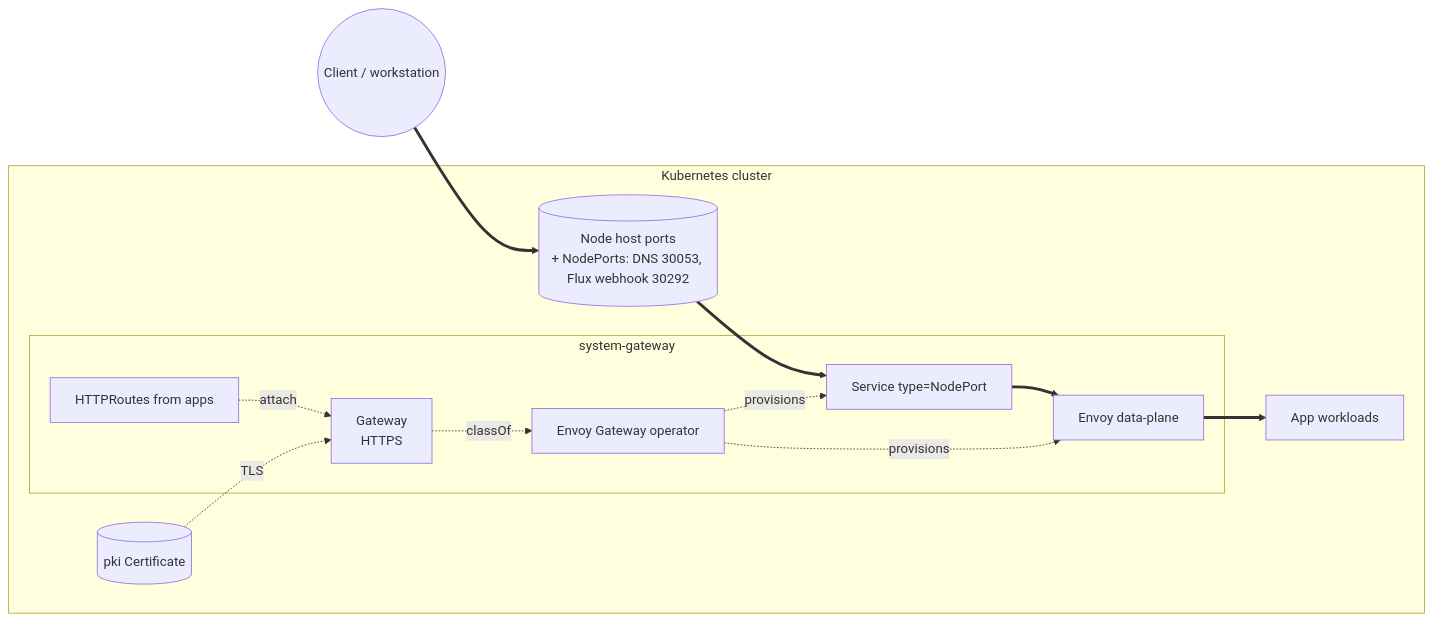
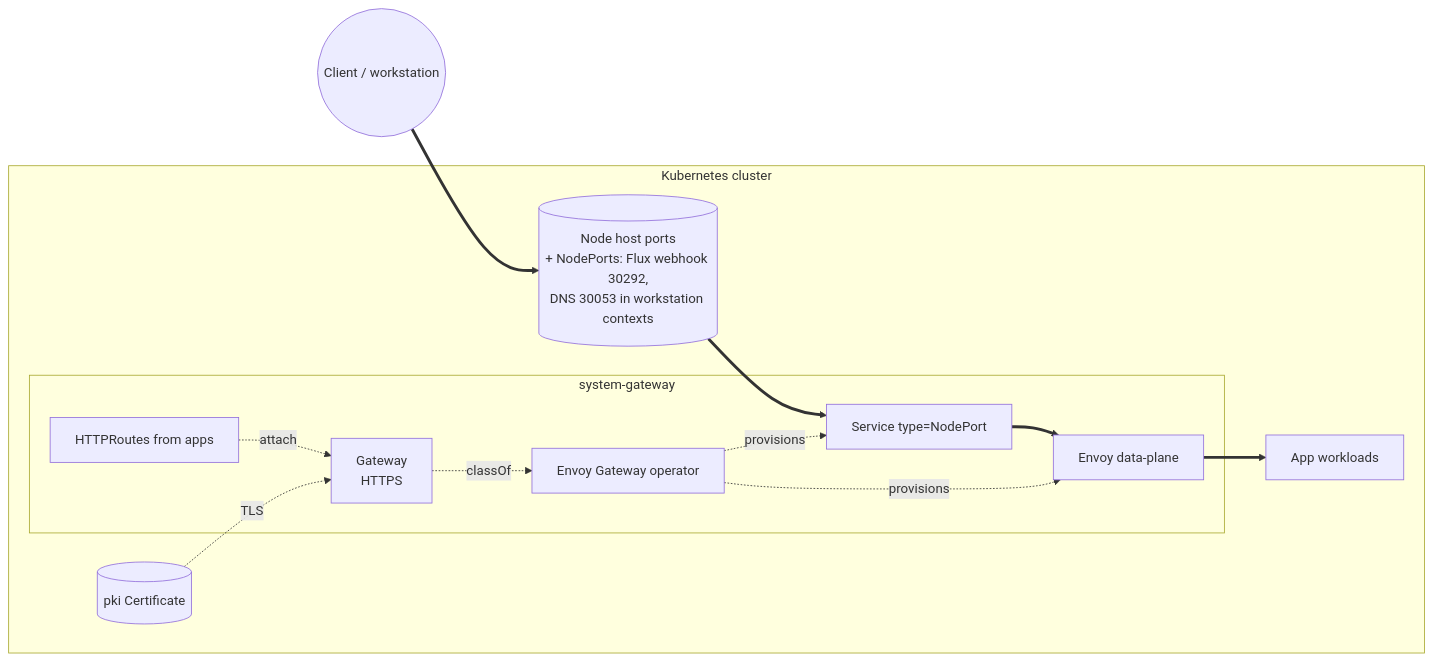
The second of 4 diagrams in kustomize/gateway/README.md (windsorcli/core), drawn with Mermaid before and after one commit. The commit also changed other lines of this file and 11 other files, not shown here.

````diff
--- a/kustomize/gateway/README.md
+++ b/kustomize/gateway/README.md
@@ -115,25 +115,25 @@
 ```mermaid
 flowchart LR
   client((Client / workstation))
 
   subgraph cluster[Kubernetes cluster]
-    node[(Node host ports<br/>+ NodePorts: DNS 30053, Flux webhook 30292)]
+    node[(Node host ports<br/>+ NodePorts: Flux webhook 30292,<br/>DNS 30053 in workstation contexts)]
 
     subgraph systemgateway[system-gateway]
       op[Envoy Gateway operator]
       gw[Gateway<br/>HTTPS]
       routes[HTTPRoutes from apps]
       svc[Service type=NodePort]
       envoy[Envoy data-plane]
     end
 
     cert[(pki Certificate)]
     app[App workloads]
   end
 
   client ==> node ==> svc ==> envoy ==> app
   op -. provisions .-> svc & envoy
   gw -. classOf .-> op
   routes -. attach .-> gw
   cert -. TLS .-> gw
 ```
````
